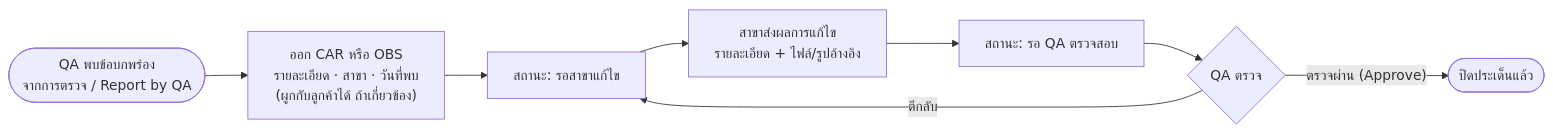
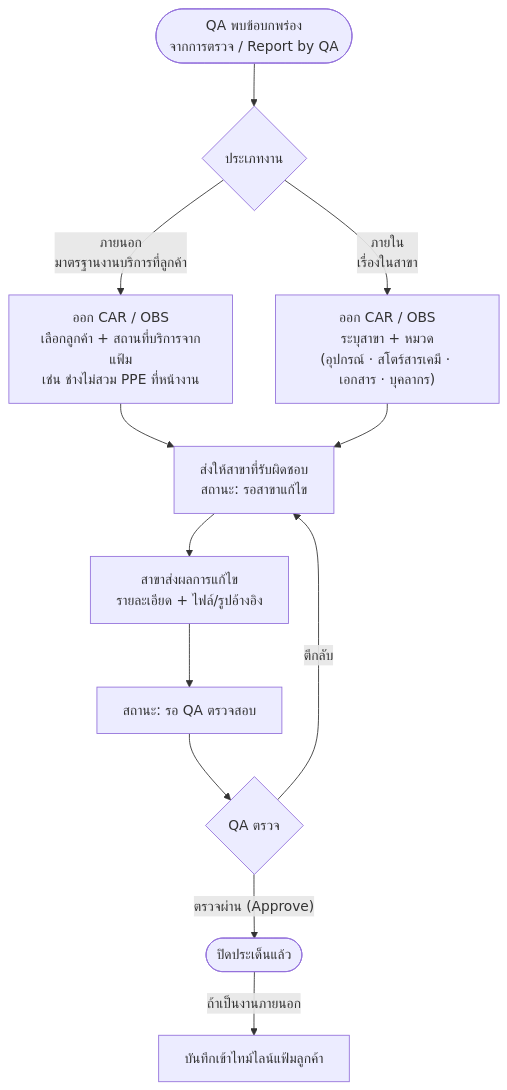
The fourth of 12 diagrams in docs/research/2026-11-07-advance-group-asia-workflow-diagrams.md (warayuthsema-alt/my-house-sh2401), drawn with Mermaid before and after one commit. The commit also changed other lines of this file and 1 other file, not shown here.

Commit message:
Workflow diagrams v6: CAR/OBS covers external and internal issues
External CAR/OBS link to a customer site and appear on the customer
timeline; internal ones link to the branch with a category.

Claude-Session: https://claude.ai/code/session_01G9SGgdiV4vLUgt93Yu67Yy

````diff
--- a/docs/research/2026-11-07-advance-group-asia-workflow-diagrams.md
+++ b/docs/research/2026-11-07-advance-group-asia-workflow-diagrams.md
@@ -112,10 +112,14 @@
 ```mermaid
-flowchart LR
-    A(["QA พบข้อบกพร่อง<br/>จากการตรวจ / Report by QA"]) --> B["ออก CAR หรือ OBS<br/>รายละเอียด · สาขา · วันที่พบ<br/>(ผูกกับลูกค้าได้ ถ้าเกี่ยวข้อง)"]
-    B --> C["สถานะ: รอสาขาแก้ไข"]
+flowchart TD
+    A(["QA พบข้อบกพร่อง<br/>จากการตรวจ / Report by QA"]) --> T{"ประเภทงาน"}
+    T -- "ภายนอก<br/>มาตรฐานงานบริการที่ลูกค้า" --> B1["ออก CAR / OBS<br/>เลือกลูกค้า + สถานที่บริการจากแฟ้ม<br/>เช่น ช่างไม่สวม PPE ที่หน้างาน"]
+    T -- "ภายใน<br/>เรื่องในสาขา" --> B2["ออก CAR / OBS<br/>ระบุสาขา + หมวด<br/>(อุปกรณ์ · สโตร์สารเคมี · เอกสาร · บุคลากร)"]
+    B1 --> C["ส่งให้สาขาที่รับผิดชอบ<br/>สถานะ: รอสาขาแก้ไข"]
+    B2 --> C
     C --> D["สาขาส่งผลการแก้ไข<br/>รายละเอียด + ไฟล์/รูปอ้างอิง"]
     D --> E["สถานะ: รอ QA ตรวจสอบ"]
     E --> F{"QA ตรวจ"}
     F -- "ตีกลับ" --> C
     F -- "ตรวจผ่าน (Approve)" --> G(["ปิดประเด็นแล้ว"])
+    G -- "ถ้าเป็นงานภายนอก" --> H["บันทึกเข้าไทม์ไลน์แฟ้มลูกค้า"]
 ```
````
